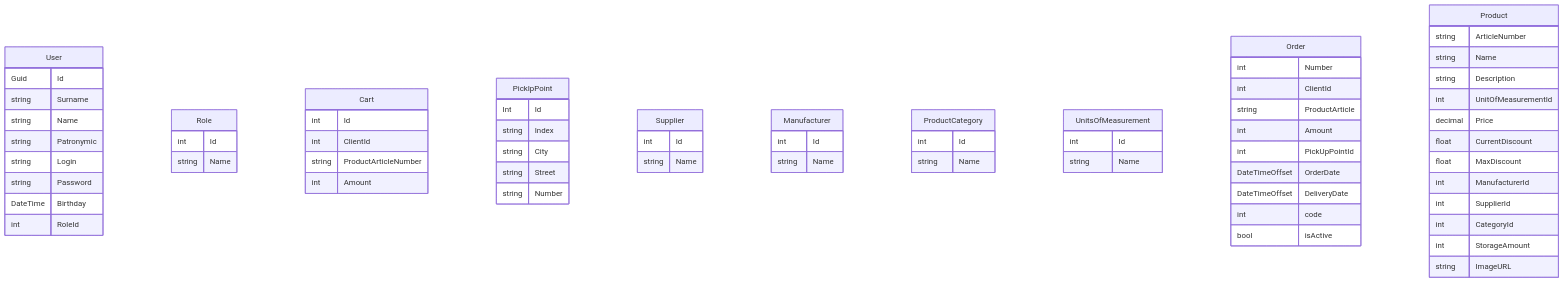
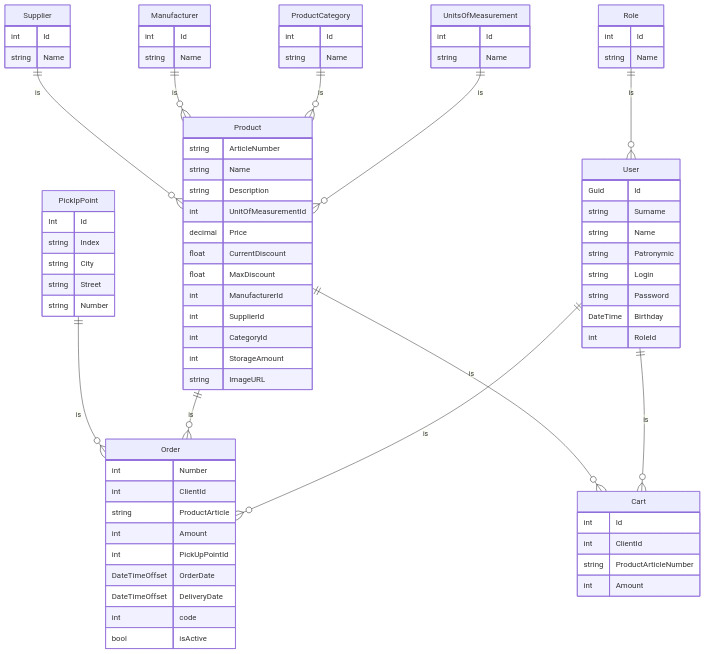
Before and after one commit to MNE-all/FragrantWorld: the first of 2 diagrams in README.md, drawn with Mermaid.

````diff
--- a/README.md
+++ b/README.md
@@ -104,4 +104,15 @@
         int StorageAmount
         string ImageURL
     }
+
+    Role ||--o{ User: is
+    User ||--o{ Order: is
+    User ||--o{ Cart: is
+    Product ||--o{ Order: is
+    Product ||--o{ Cart: is
+    PickIpPoint ||--o{ Order: is
+    UnitsOfMeasurement ||--o{ Product: is
+    ProductCategory ||--o{ Product: is
+    Manufacturer ||--o{ Product: is
+    Supplier ||--o{ Product: is
 ```
````
